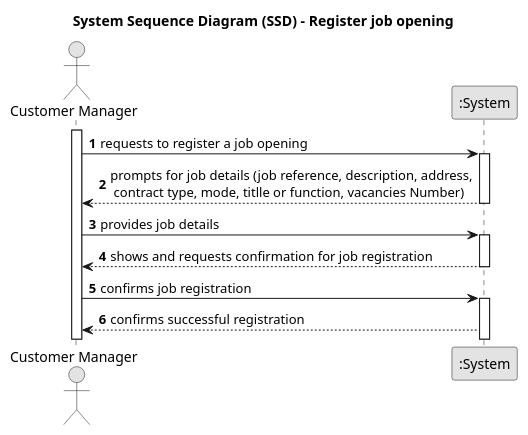
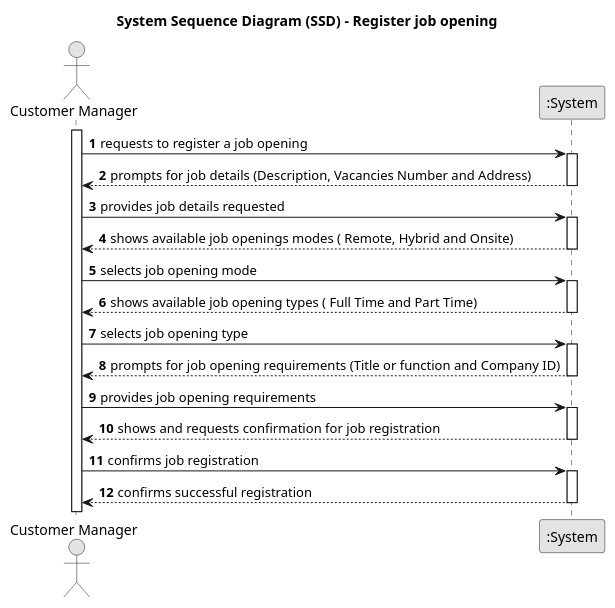
Before and after one commit to marcoferreira37/Lapr4: the diagram in docs/sprintB/1002/1002-system-sequence-diagram.puml, drawn with PlantUML. The commit also changed 1 other file, not shown here.

```diff
--- a/docs/sprintB/1002/1002-system-sequence-diagram.puml
+++ b/docs/sprintB/1002/1002-system-sequence-diagram.puml
@@ -1,35 +1,62 @@
 @startuml
 skinparam monochrome true
 skinparam packageStyle rectangle
 skinparam shadowing false
 
 title System Sequence Diagram (SSD) - Register job opening
 
 autonumber
 
 actor "Customer Manager" as Manager
 participant ":System" as System
 
 activate Manager
 
     Manager -> System : requests to register a job opening
     activate System
 
-    System --> Manager : prompts for job details (job reference, description, address,\n contract type, mode, titlle or function, vacancies Number)
+    System --> Manager : prompts for job details (Description, Vacancies Number and Address)
 
     deactivate System
 
-    Manager -> System : provides job details
+    Manager -> System : provides job details requested
+
+    activate System
+
+        System --> Manager : shows available job openings modes ( Remote, Hybrid and Onsite)
+
+    deactivate System
+
+        Manager -> System : selects job opening mode
+
+    activate System
+
+        System --> Manager : shows available job opening types ( Full Time and Part Time)
+
+    deactivate System
+
+        Manager -> System : selects job opening type
 
     activate System
 
 
+        System --> Manager : prompts for job opening requirements (Title or function and Company ID)
+
+    deactivate System
+
+        Manager -> System : provides job opening requirements
+
+    activate System
+
         System --> Manager : shows and requests confirmation for job registration
-        deactivate System
+
+    deactivate System
 
         Manager -> System : confirms job registration
-        activate System
+
+    activate System
 
         System --> Manager : confirms successful registration
 
+    deactivate System
 @enduml
```
